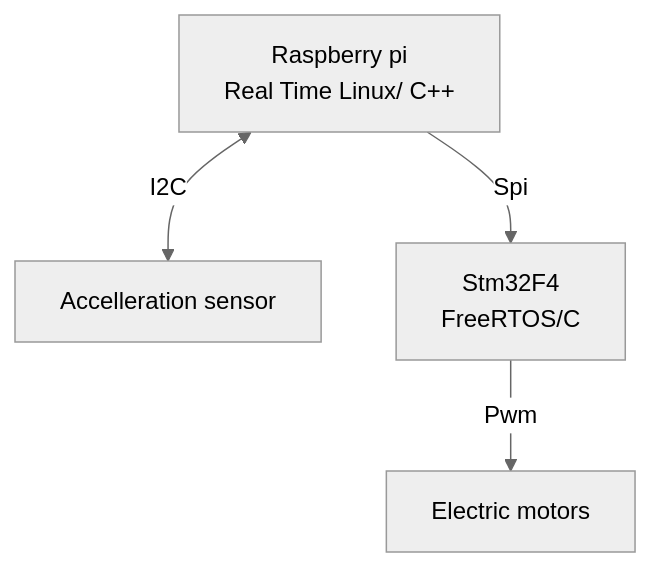
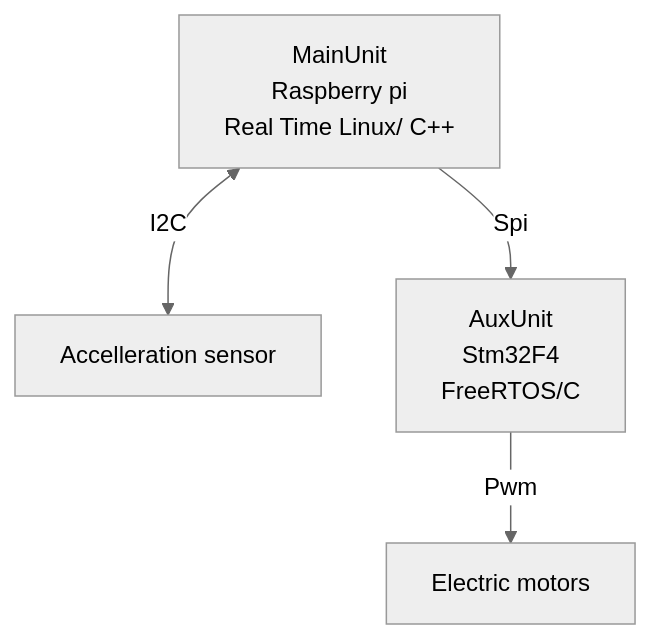
Before and after one commit to inpgbburda/FlyMatic: the diagram in docs/index.md, drawn with Mermaid (neutral theme). The commit also changed other lines of this file and 4 other files, not shown here.

Commit message:
Refactor, add proto architecture and SPI data format

````diff
--- a/docs/index.md
+++ b/docs/index.md
@@ -15,9 +24,11 @@
 ``` mermaid
     graph TD
     
-    A[Raspberry pi
+    A[ MainUnit
+    Raspberry pi
     Real Time Linux/ C++] <--> |I2C| B[Accelleration sensor]
-    A --> |Spi| C[Stm32F4 
+    A --> |Spi| C[AuxUnit
+    Stm32F4 
     FreeRTOS/C]
     C --> |Pwm| D[Electric motors]
 ```
````
